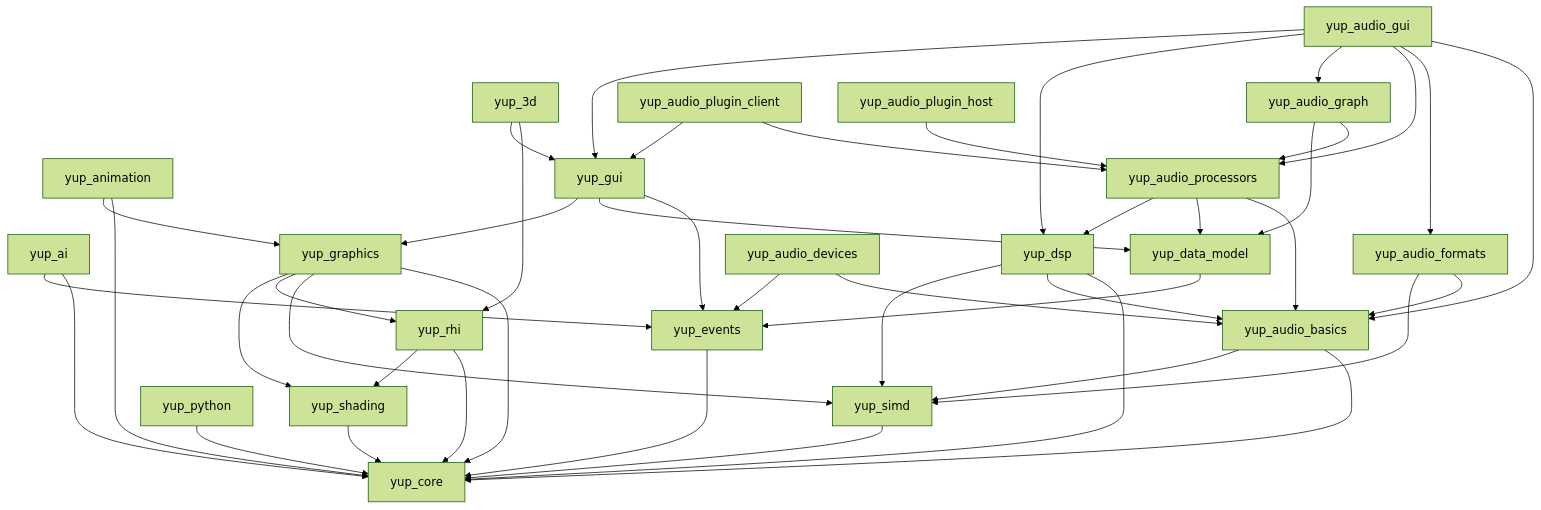
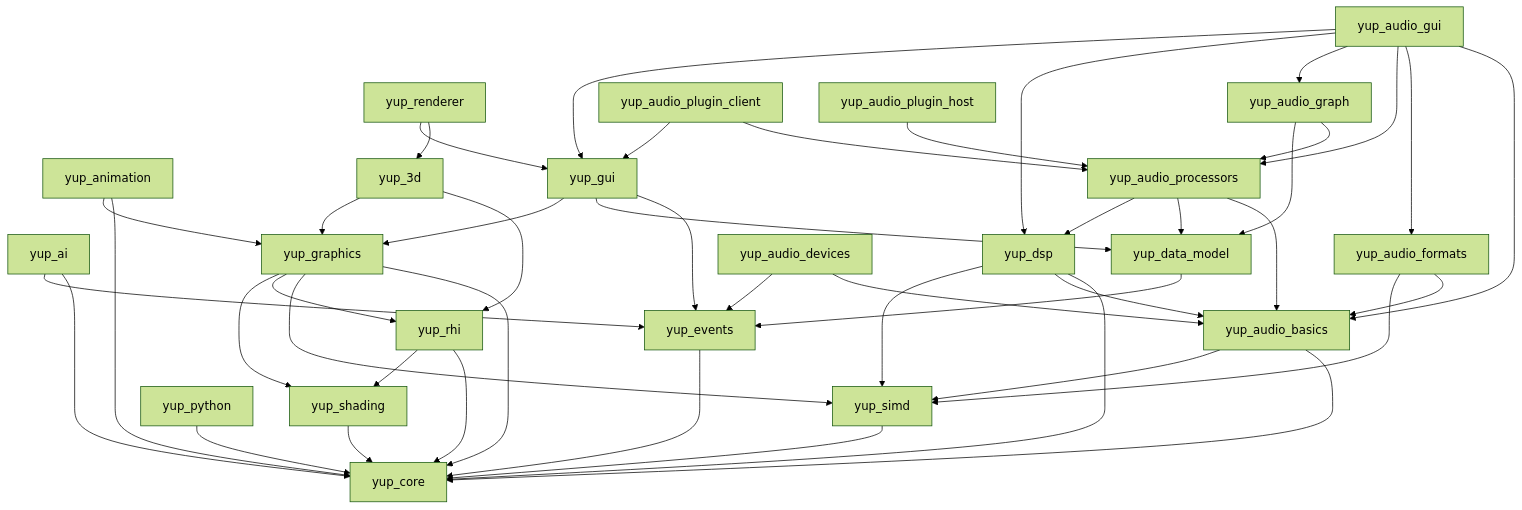
Diagram 24 of 24 in docs/modules.md (kunitoki/yup), drawn with Mermaid (forest theme) before and after one commit. The commit also changed other lines of this file and 534 other files, not shown here.

````diff
--- a/docs/modules.md
+++ b/docs/modules.md
@@ -446,60 +463,63 @@
 ```mermaid
 flowchart TD
     simd[yup_simd] --> core[yup_core]
     events[yup_events] --> core
     shading[yup_shading] --> core
     rhi[yup_rhi] --> core
     rhi --> shading
     python[yup_python] --> core
     ai[yup_ai] --> core
     ai --> events
 
     graphics[yup_graphics] --> core
     graphics --> simd
     graphics --> rhi
     graphics --> shading
 
     animation[yup_animation] --> core
     animation --> graphics
 
     data[yup_data_model] --> events
 
     gui[yup_gui] --> events
     gui --> data
     gui --> graphics
 
     three[yup_3d] --> rhi
-    three --> gui
+    three --> graphics
+
+    renderer[yup_renderer] --> three
+    renderer --> gui
 
     ab[yup_audio_basics] --> core
     ab --> simd
 
     dsp[yup_dsp] --> core
     dsp --> ab
     dsp --> simd
 
     afmt[yup_audio_formats] --> ab
     afmt --> simd
 
     adev[yup_audio_devices] --> ab
     adev --> events
 
     aproc[yup_audio_processors] --> ab
     aproc --> data
     aproc --> dsp
 
     agraph[yup_audio_graph] --> aproc
     agraph --> data
 
     aclient[yup_audio_plugin_client] --> aproc
     aclient --> gui
 
     ahost[yup_audio_plugin_host] --> aproc
 
     agui[yup_audio_gui] --> ab
     agui --> afmt
     agui --> aproc
     agui --> agraph
     agui --> dsp
     agui --> gui
 ```
````
